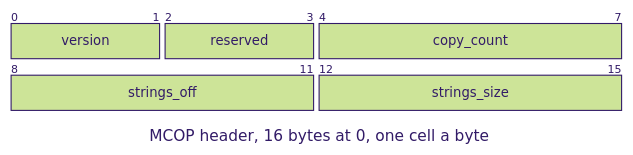
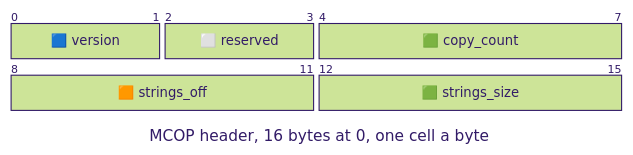
One commit to jose-villegas/autana changed the diagram in docs/assets/formats/MCOP.md. Above: the diagram before and after it, drawn with Mermaid (forest theme). The commit also changed 14 other files, not shown here.

````diff
--- a/docs/assets/formats/MCOP.md
+++ b/docs/assets/formats/MCOP.md
@@ -11,15 +11,15 @@
 ```mermaid
 ---
 config:
   packet:
     bitsPerRow: 8
     bitWidth: 70
 ---
 packet-beta
 title MCOP header, 16 bytes at 0, one cell a byte
-0-1: "version"
-2-3: "reserved"
-4-7: "copy_count"
-8-11: "strings_off"
-12-15: "strings_size"
+0-1: "🟦 version"
+2-3: "⬜ reserved"
+4-7: "🟩 copy_count"
+8-11: "🟧 strings_off"
+12-15: "🟩 strings_size"
 ```
````
